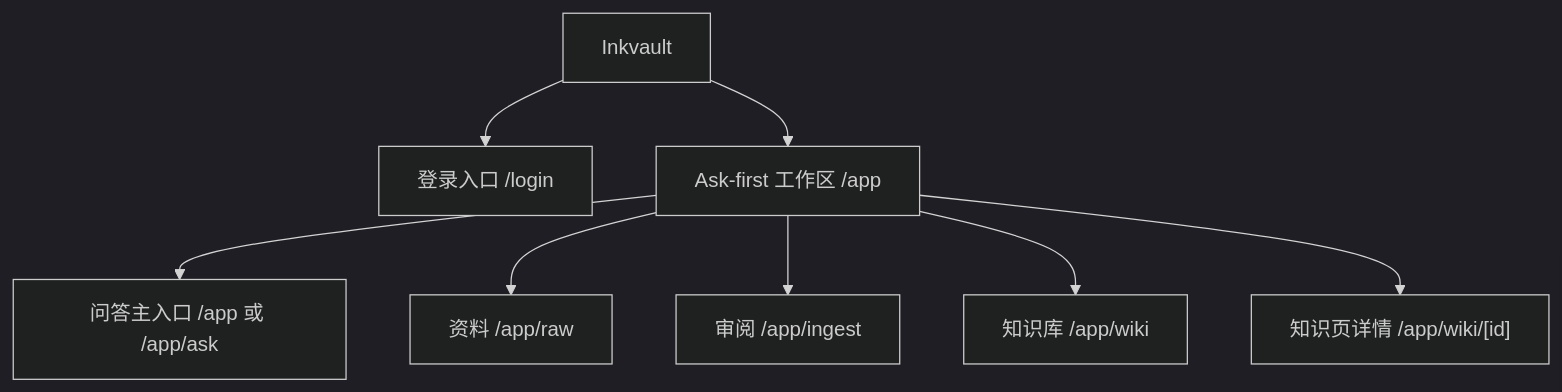
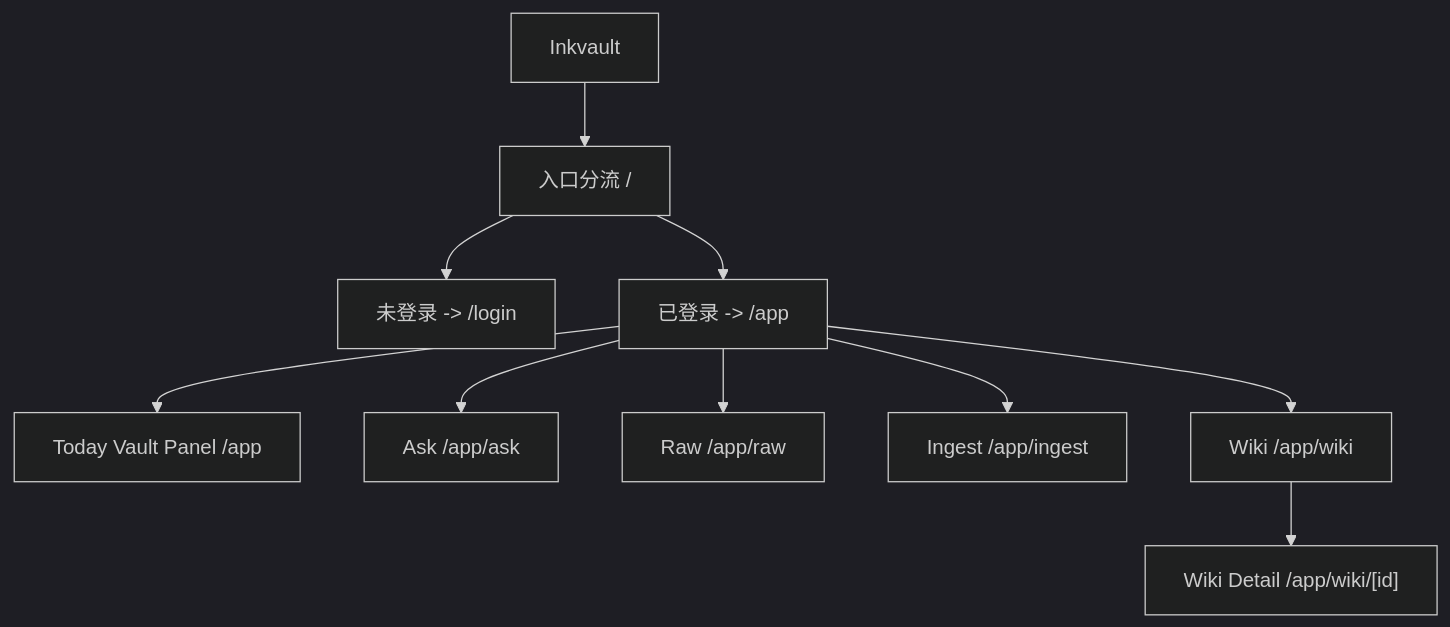
One commit to rrhww/inkdesk changed the first of 2 diagrams in docs/design/information-architecture.md. Above: the diagram before and after it, drawn with Mermaid (dark theme). The commit also changed other lines of this file and 67 other files, not shown here.

````diff
--- a/docs/design/information-architecture.md
+++ b/docs/design/information-architecture.md
@@ -11,10 +11,12 @@
 ```mermaid
 graph TD
-    A["Inkvault"] --> B["登录入口 /login"]
-    A --> C["Ask-first 工作区 /app"]
-    C --> C1["问答主入口 /app 或 /app/ask"]
-    C --> C2["资料 /app/raw"]
-    C --> C3["审阅 /app/ingest"]
-    C --> C4["知识库 /app/wiki"]
-    C --> C5["知识页详情 /app/wiki/[id]"]
+    A["Inkvault"] --> B["入口分流 /"]
+    B --> C["未登录 -> /login"]
+    B --> D["已登录 -> /app"]
+    D --> D1["Today Vault Panel /app"]
+    D --> D2["Ask /app/ask"]
+    D --> D3["Raw /app/raw"]
+    D --> D4["Ingest /app/ingest"]
+    D --> D5["Wiki /app/wiki"]
+    D5 --> D6["Wiki Detail /app/wiki/[id]"]
 ```
````
